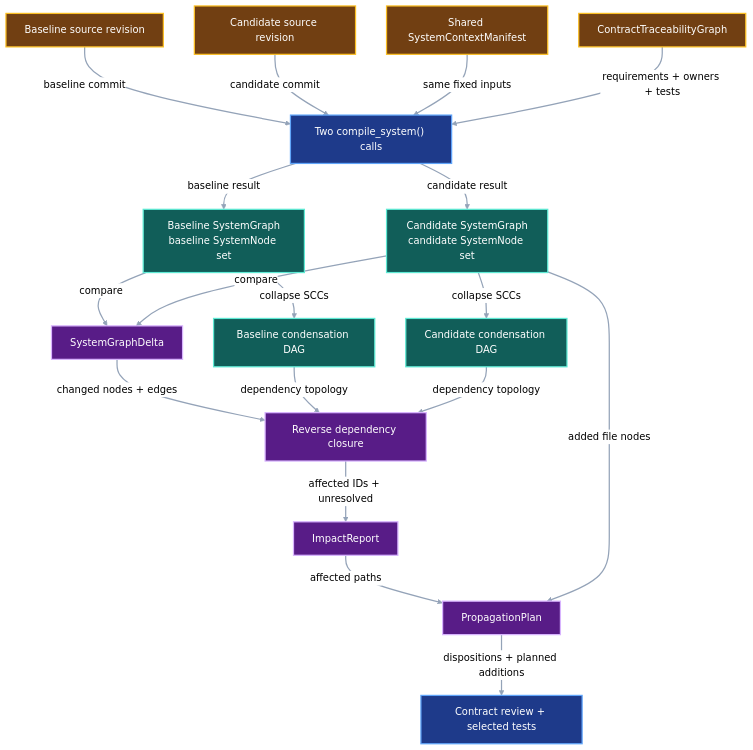
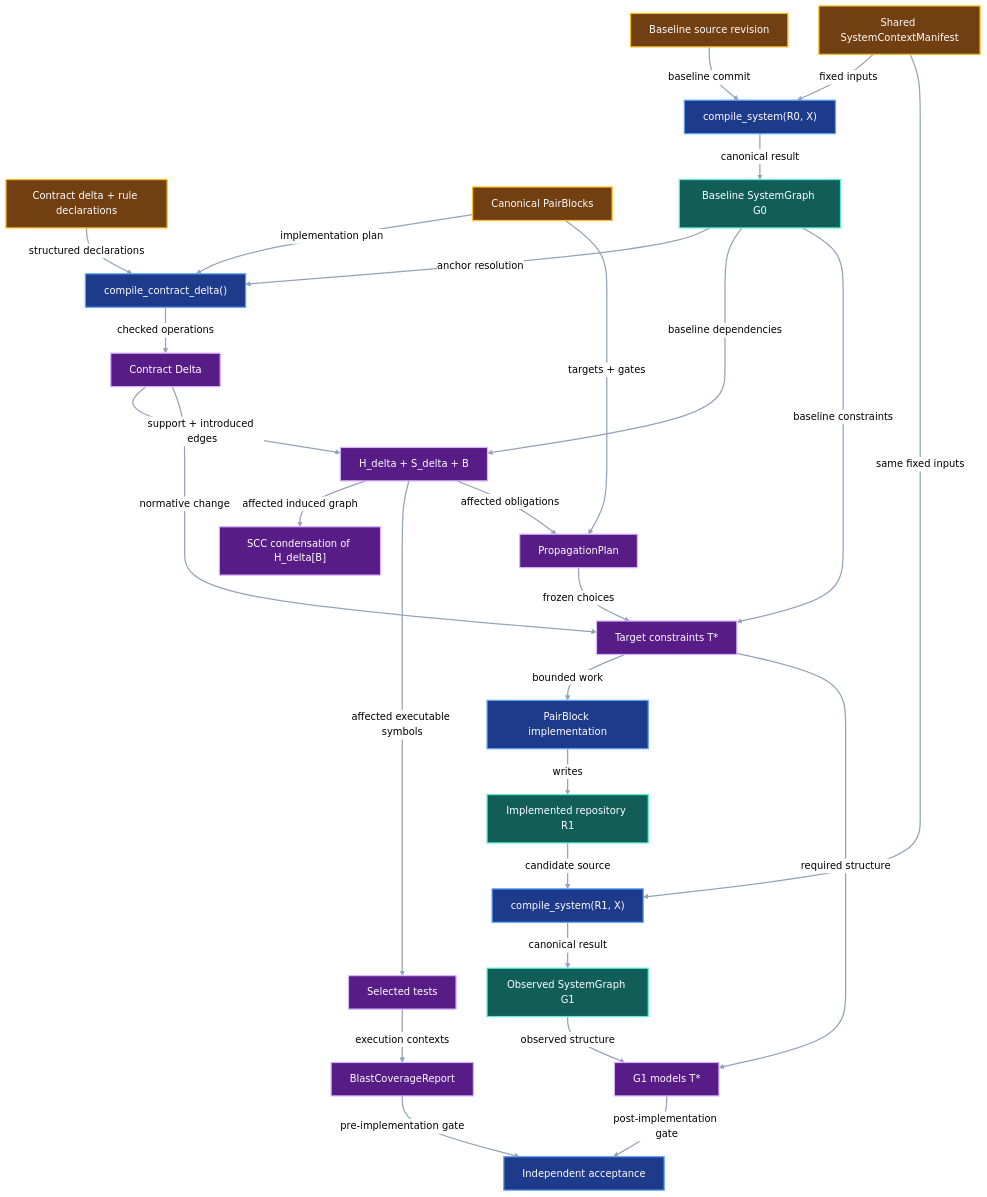
One commit to pvd232/viper changed the third of 3 diagrams in docs/development/system-impact-graph.md. Above: the diagram before and after it, drawn with Mermaid (neutral theme). The commit also changed other lines of this file and 6 other files, not shown here.

Commit message:
Plan canonical SystemGraph implementation

````diff
--- a/docs/development/system-impact-graph.md
+++ b/docs/development/system-impact-graph.md
@@ -232,46 +253,60 @@
 ```mermaid
 flowchart TD
     Baseline["Baseline source revision"]
-    Candidate["Candidate source revision"]
     Context["Shared SystemContextManifest"]
-    Traceability["ContractTraceabilityGraph"]
-    Compile["Two compile_system() calls"]
-    BaseGraph["Baseline SystemGraph<br/>baseline SystemNode set"]
-    CandidateGraph["Candidate SystemGraph<br/>candidate SystemNode set"]
-    BaseDAG["Baseline condensation DAG"]
-    CandidateDAG["Candidate condensation DAG"]
-    Delta["SystemGraphDelta"]
-    Closure["Reverse dependency closure"]
-    Report["ImpactReport"]
+    Contract["Contract delta + rule declarations"]
+    PairReference["Canonical PairBlocks"]
+    CompileBase["compile_system(R0, X)"]
+    BaseGraph["Baseline SystemGraph G0"]
+    CompileContract["compile_contract_delta()"]
+    Delta["Contract Delta"]
+    Impact["H_delta + S_delta + B"]
+    Condensation["SCC condensation of H_delta[B]"]
+    Tests["Selected tests"]
+    Coverage["BlastCoverageReport"]
     Plan["PropagationPlan"]
-    Review["Contract review + selected tests"]
+    Target["Target constraints T*"]
+    Implementation["PairBlock implementation"]
+    Candidate["Implemented repository R1"]
+    CompileObserved["compile_system(R1, X)"]
+    CandidateGraph["Observed SystemGraph G1"]
+    Conformance["G1 models T*"]
+    Review["Independent acceptance"]
 
-    Baseline -->|"baseline commit"| Compile
-    Candidate -->|"candidate commit"| Compile
-    Context -->|"same fixed inputs"| Compile
-    Traceability -->|"requirements + owners + tests"| Compile
-    Compile -->|"baseline result"| BaseGraph
-    Compile -->|"candidate result"| CandidateGraph
-    BaseGraph -->|"collapse SCCs"| BaseDAG
-    CandidateGraph -->|"collapse SCCs"| CandidateDAG
-    BaseGraph -->|"compare"| Delta
-    CandidateGraph -->|"compare"| Delta
-    Delta -->|"changed nodes + edges"| Closure
-    BaseDAG -->|"dependency topology"| Closure
-    CandidateDAG -->|"dependency topology"| Closure
-    Closure -->|"affected IDs + unresolved"| Report
-    Report -->|"affected paths"| Plan
-    CandidateGraph -->|"added file nodes"| Plan
-    Plan -->|"dispositions + planned additions"| Review
+    Baseline -->|"baseline commit"| CompileBase
+    Context -->|"fixed inputs"| CompileBase
+    CompileBase -->|"canonical result"| BaseGraph
+    Contract -->|"structured declarations"| CompileContract
+    PairReference -->|"implementation plan"| CompileContract
+    BaseGraph -->|"anchor resolution"| CompileContract
+    CompileContract -->|"checked operations"| Delta
+    BaseGraph -->|"baseline dependencies"| Impact
+    Delta -->|"support + introduced edges"| Impact
+    Impact -->|"affected induced graph"| Condensation
+    Impact -->|"affected executable symbols"| Tests
+    Tests -->|"execution contexts"| Coverage
+    Impact -->|"affected obligations"| Plan
+    PairReference -->|"targets + gates"| Plan
+    BaseGraph -->|"baseline constraints"| Target
+    Delta -->|"normative change"| Target
+    Plan -->|"frozen choices"| Target
+    Target -->|"bounded work"| Implementation
+    Implementation -->|"writes"| Candidate
+    Candidate -->|"candidate source"| CompileObserved
+    Context -->|"same fixed inputs"| CompileObserved
+    CompileObserved -->|"canonical result"| CandidateGraph
+    CandidateGraph -->|"observed structure"| Conformance
+    Target -->|"required structure"| Conformance
+    Coverage -->|"pre-implementation gate"| Review
+    Conformance -->|"post-implementation gate"| Review
 
-    class Baseline,Candidate,Context,Traceability input
-    class Compile consumer
-    class BaseGraph,CandidateGraph,BaseDAG,CandidateDAG evidence
-    class Delta,Closure,Report,Plan output
-    class Review consumer
+    class Baseline,Context,Contract,PairReference input
+    class CompileBase,CompileContract,Implementation,CompileObserved,Review consumer
+    class BaseGraph,Candidate,CandidateGraph evidence
+    class Delta,Impact,Condensation,Tests,Coverage,Plan,Target,Conformance output
     classDef input fill:#713f12,stroke:#fbbf24,color:#ffffff,stroke-width:2px
     classDef evidence fill:#115e59,stroke:#5eead4,color:#ffffff,stroke-width:2px
     classDef output fill:#581c87,stroke:#d8b4fe,color:#ffffff,stroke-width:2px
     classDef consumer fill:#1e3a8a,stroke:#60a5fa,color:#ffffff,stroke-width:2px
     linkStyle default stroke:#94a3b8,stroke-width:2px
 ```
````
